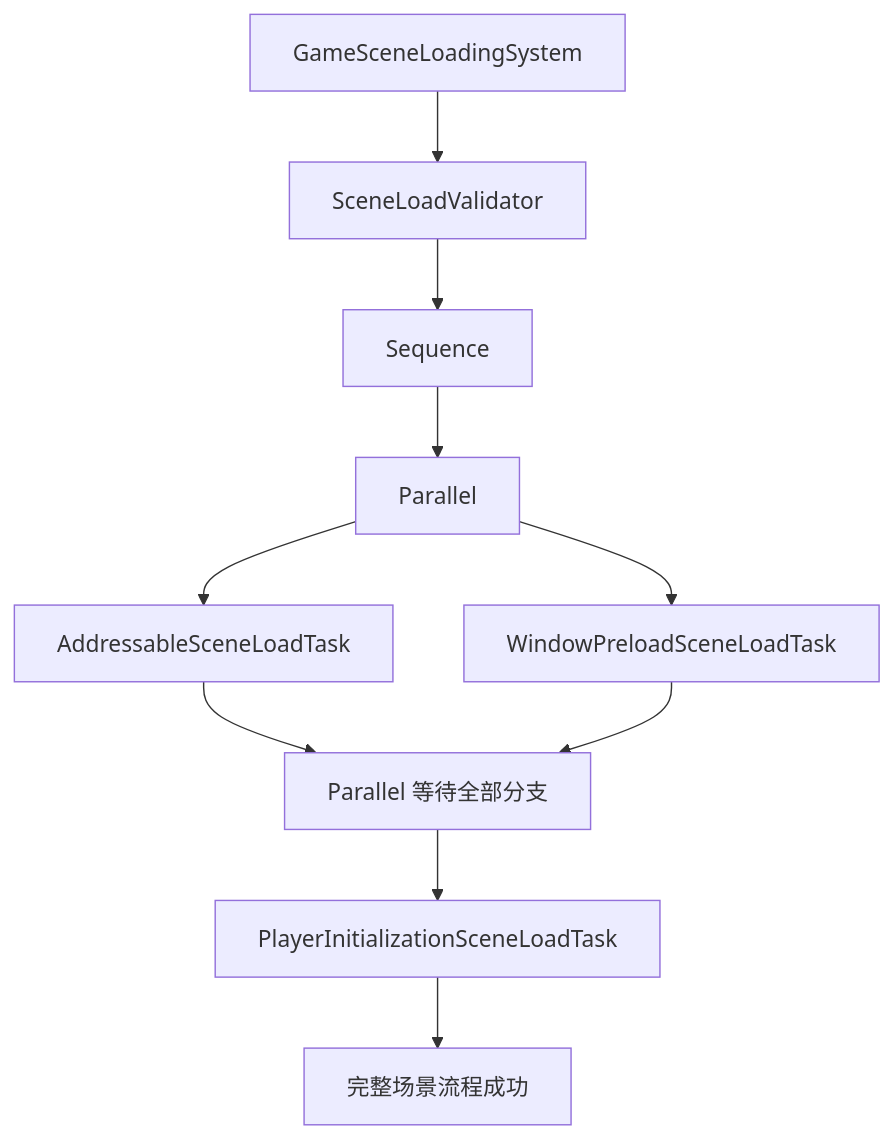
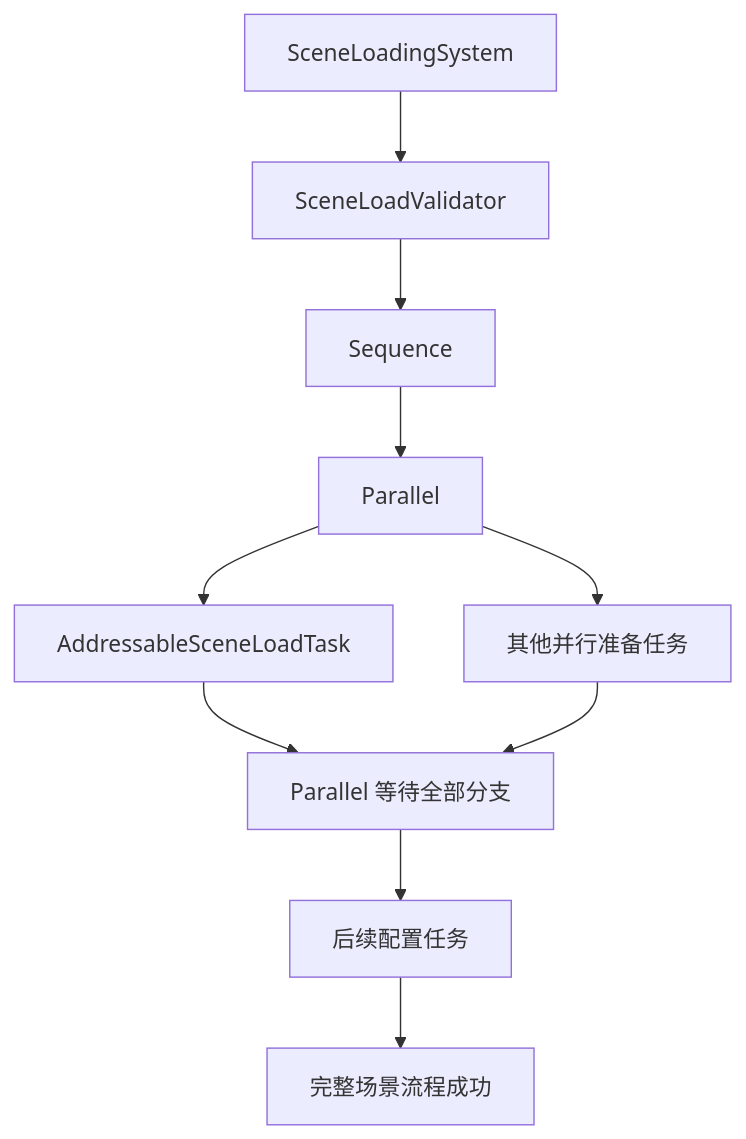
One commit to Whitesheeeep/3DRPG changed the second of 2 diagrams in Assets/Scripts/WSFrame/SceneSystem/SceneSystem_README.md. Above: the diagram before and after it, drawn with Mermaid. The commit also changed other lines of this file and 65 other files, not shown here.

````diff
--- a/Assets/Scripts/WSFrame/SceneSystem/SceneSystem_README.md
+++ b/Assets/Scripts/WSFrame/SceneSystem/SceneSystem_README.md
@@ -18,12 +39,12 @@
 ```mermaid
 flowchart TD
-    A[GameSceneLoadingSystem] --> B[SceneLoadValidator]
+    A[SceneLoadingSystem] --> B[SceneLoadValidator]
     B --> C[Sequence]
     C --> D[Parallel]
     D --> E[AddressableSceneLoadTask]
-    D --> F[WindowPreloadSceneLoadTask]
+    D --> F[其他并行准备任务]
     E --> G[Parallel 等待全部分支]
     F --> G
-    G --> H[PlayerInitializationSceneLoadTask]
+    G --> H[后续配置任务]
     H --> I[完整场景流程成功]
 ```
````
